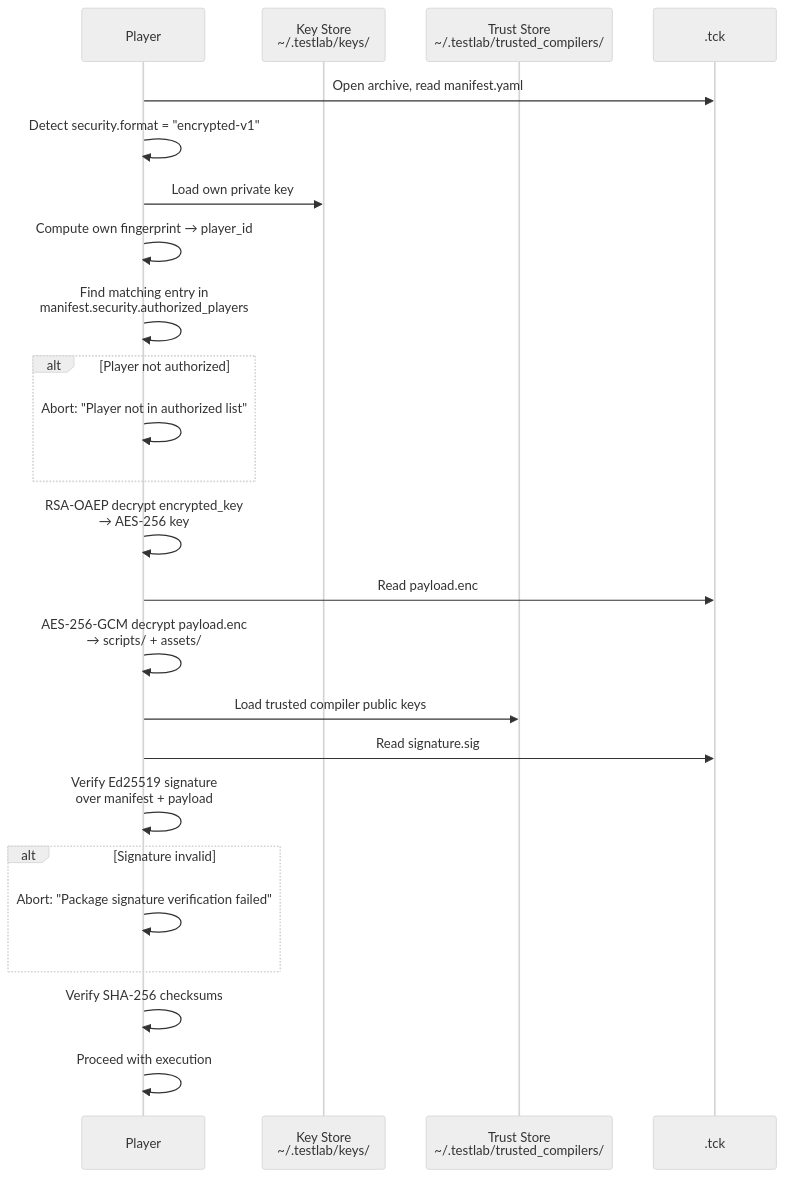
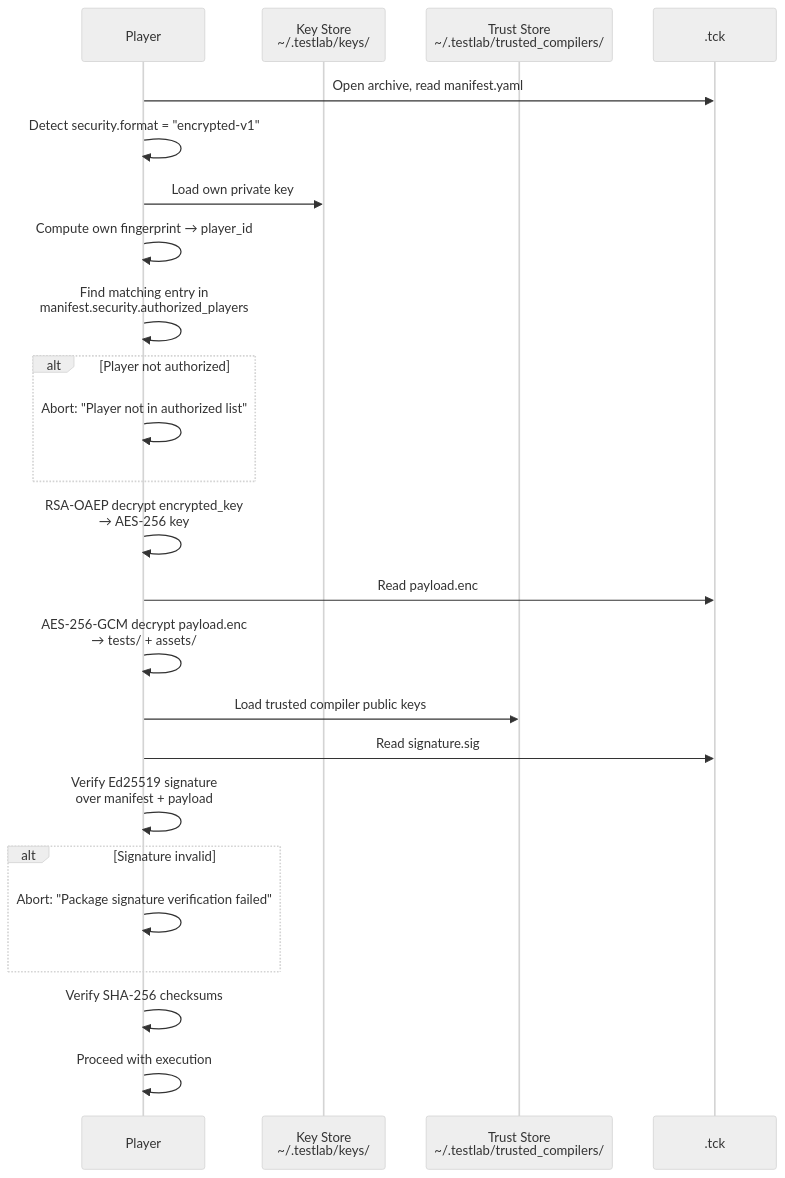
Before and after one commit to eclipse-tractusx/tractusx-testlab: diagram 11 of 15 in docs/specification/specification/concepts.md, drawn with Mermaid (neutral theme). The commit also changed other lines of this file and 267 other files, not shown here.

````diff
--- a/docs/specification/specification/concepts.md
+++ b/docs/specification/specification/concepts.md
@@ -441,31 +441,31 @@
 ```mermaid
 sequenceDiagram
     participant P as Player
     participant KS as Key Store<br/>~/.testlab/keys/
     participant TS as Trust Store<br/>~/.testlab/trusted_compilers/
     participant PKG as .tck
 
     P->>PKG: Open archive, read manifest.yaml
     P->>P: Detect security.format = "encrypted-v1"
     P->>KS: Load own private key
     P->>P: Compute own fingerprint → player_id
     P->>P: Find matching entry in<br/>manifest.security.authorized_players
 
     alt Player not authorized
         P->>P: Abort: "Player not in authorized list"
     end
 
     P->>P: RSA-OAEP decrypt encrypted_key<br/>→ AES-256 key
     P->>PKG: Read payload.enc
-    P->>P: AES-256-GCM decrypt payload.enc<br/>→ scripts/ + assets/
+    P->>P: AES-256-GCM decrypt payload.enc<br/>→ tests/ + assets/
     P->>TS: Load trusted compiler public keys
     P->>PKG: Read signature.sig
     P->>P: Verify Ed25519 signature<br/>over manifest + payload
 
     alt Signature invalid
         P->>P: Abort: "Package signature verification failed"
     end
 
     P->>P: Verify SHA-256 checksums
     P->>P: Proceed with execution
 ```
````
